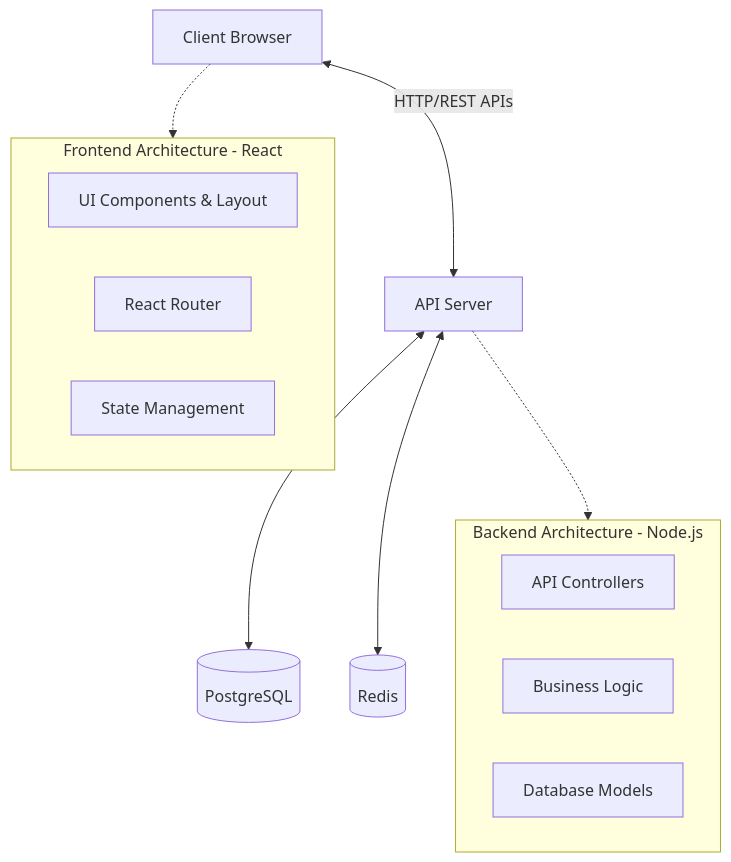
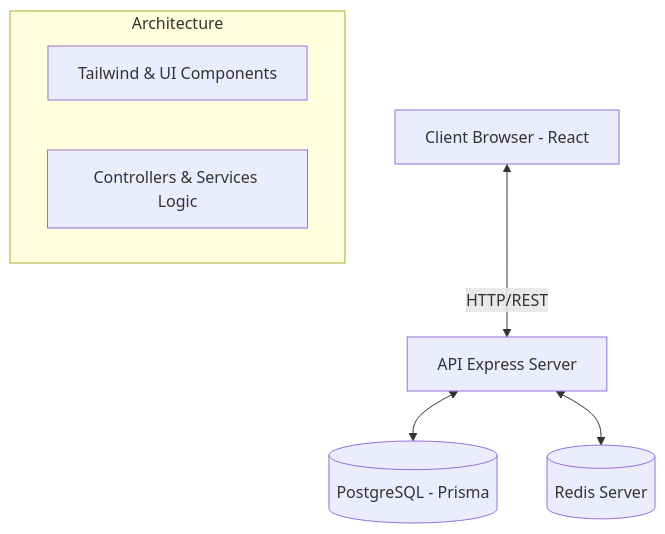
Before and after one commit to maaitlunghau/finance-webdev-adventure: the first of 2 diagrams in README.md, drawn with Mermaid. The commit also changed other lines of this file, not shown here.

````diff
--- a/README.md
+++ b/README.md
@@ -65,21 +79,11 @@
 ```mermaid
 graph TD
-    Client[Client Browser] <-->|HTTP/REST APIs| Server[API Server]
-    Server <--> Database[(PostgreSQL)]
-    Server <--> Cache[(Redis)]
+    Client[Client Browser - React] <-->|HTTP/REST| Server[API Express Server]
+    Server <--> Database[(PostgreSQL - Prisma)]
+    Server <--> Cache[(Redis Server)]
     
-    subgraph Frontend [Frontend Architecture - React]
-        UI[UI Components & Layout]
-        Router[React Router]
-        State[State Management]
+    subgraph Architecture
+        UI[Tailwind & UI Components]
+        Logic[Controllers & Services Logic]
     end
-    
-    subgraph Backend [Backend Architecture - Node.js]
-        Controllers[API Controllers]
-        Services[Business Logic]
-        Models[Database Models]
-    end
-
-    Client -.-> Frontend
-    Server -.-> Backend
 ```
````
